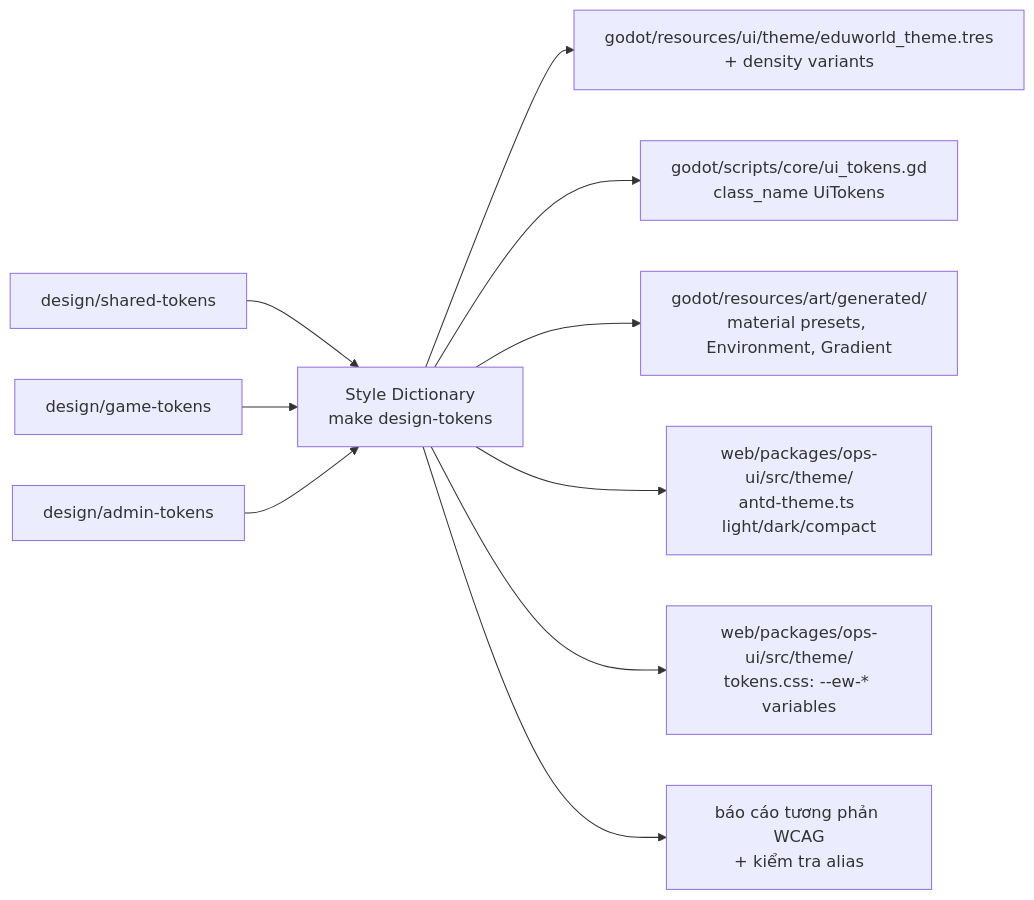
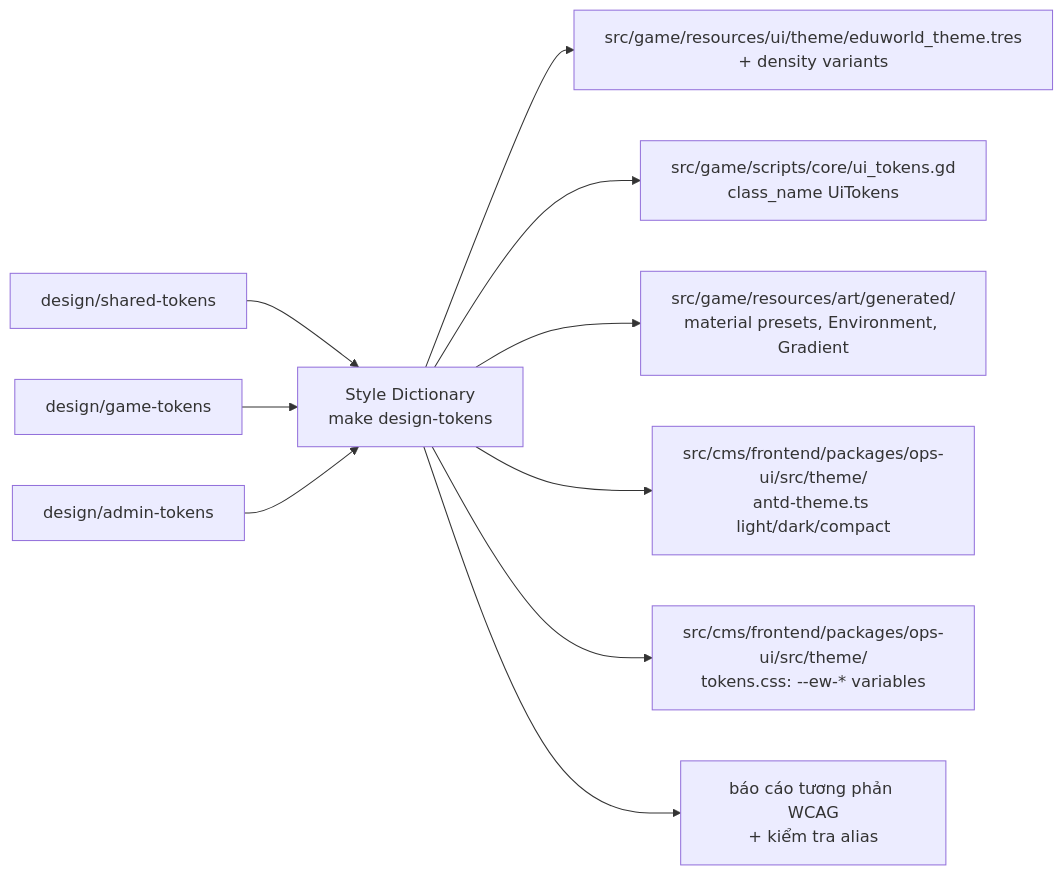
Before and after one commit to tanguyen2020/eduworld-platform: the diagram in docs/05-ux/DESIGN_SYSTEM.md, drawn with Mermaid. The commit also changed other lines of this file and 570 other files, not shown here.

````diff
--- a/docs/05-ux/DESIGN_SYSTEM.md
+++ b/docs/05-ux/DESIGN_SYSTEM.md
@@ -48,12 +48,12 @@
 ```mermaid
 flowchart LR
   S[design/shared-tokens] --> SD[Style Dictionary\nmake design-tokens]
   G[design/game-tokens] --> SD
   A[design/admin-tokens] --> SD
-  SD --> GT[godot/resources/ui/theme/eduworld_theme.tres\n+ density variants]
-  SD --> GC[godot/scripts/core/ui_tokens.gd\nclass_name UiTokens]
-  SD --> G3[godot/resources/art/generated/\nmaterial presets, Environment, Gradient]
-  SD --> AT[web/packages/ops-ui/src/theme/\nantd-theme.ts light/dark/compact]
-  SD --> CV[web/packages/ops-ui/src/theme/\ntokens.css: --ew-* variables]
+  SD --> GT[src/game/resources/ui/theme/eduworld_theme.tres\n+ density variants]
+  SD --> GC[src/game/scripts/core/ui_tokens.gd\nclass_name UiTokens]
+  SD --> G3[src/game/resources/art/generated/\nmaterial presets, Environment, Gradient]
+  SD --> AT[src/cms/frontend/packages/ops-ui/src/theme/\nantd-theme.ts light/dark/compact]
+  SD --> CV[src/cms/frontend/packages/ops-ui/src/theme/\ntokens.css: --ew-* variables]
   SD --> CK[báo cáo tương phản WCAG\n+ kiểm tra alias]
 ```
````
